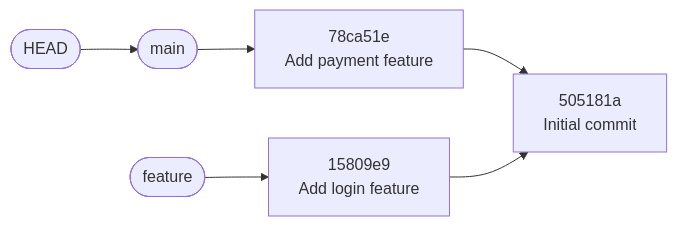
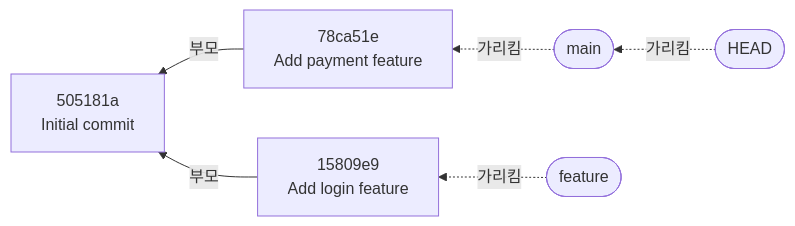
The fourth of 18 diagrams in README.md (0802222/Codyssey-B5-2-Mini-Git), drawn with Mermaid before and after one commit. The commit also changed other lines of this file and 2 other files, not shown here.

````diff
--- a/README.md
+++ b/README.md
@@ -92,8 +458,8 @@
 ```mermaid
-flowchart LR
-    HEAD(["HEAD"]) --> main(["main"])
-    main --> C3["78ca51e<br/>Add payment feature"]
-    feature(["feature"]) --> C2["15809e9<br/>Add login feature"]
-    C3 --> C1["505181a<br/>Initial commit"]
-    C2 --> C1
+flowchart RL
+    HEAD(["HEAD"]) -.->|가리킴| main(["main"])
+    main -.->|가리킴| C3["78ca51e<br/>Add payment feature"]
+    feature(["feature"]) -.->|가리킴| C2["15809e9<br/>Add login feature"]
+    C3 -->|부모| C1["505181a<br/>Initial commit"]
+    C2 -->|부모| C1
 ```
````
